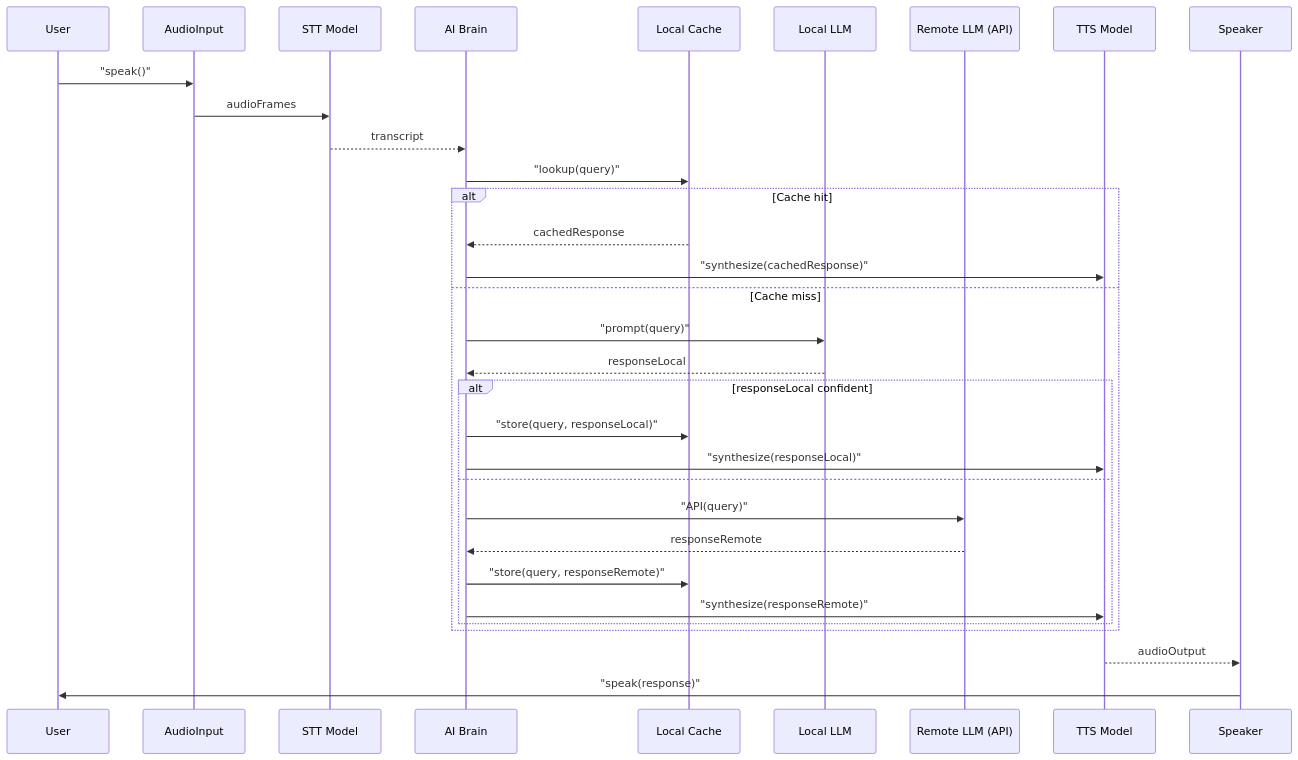
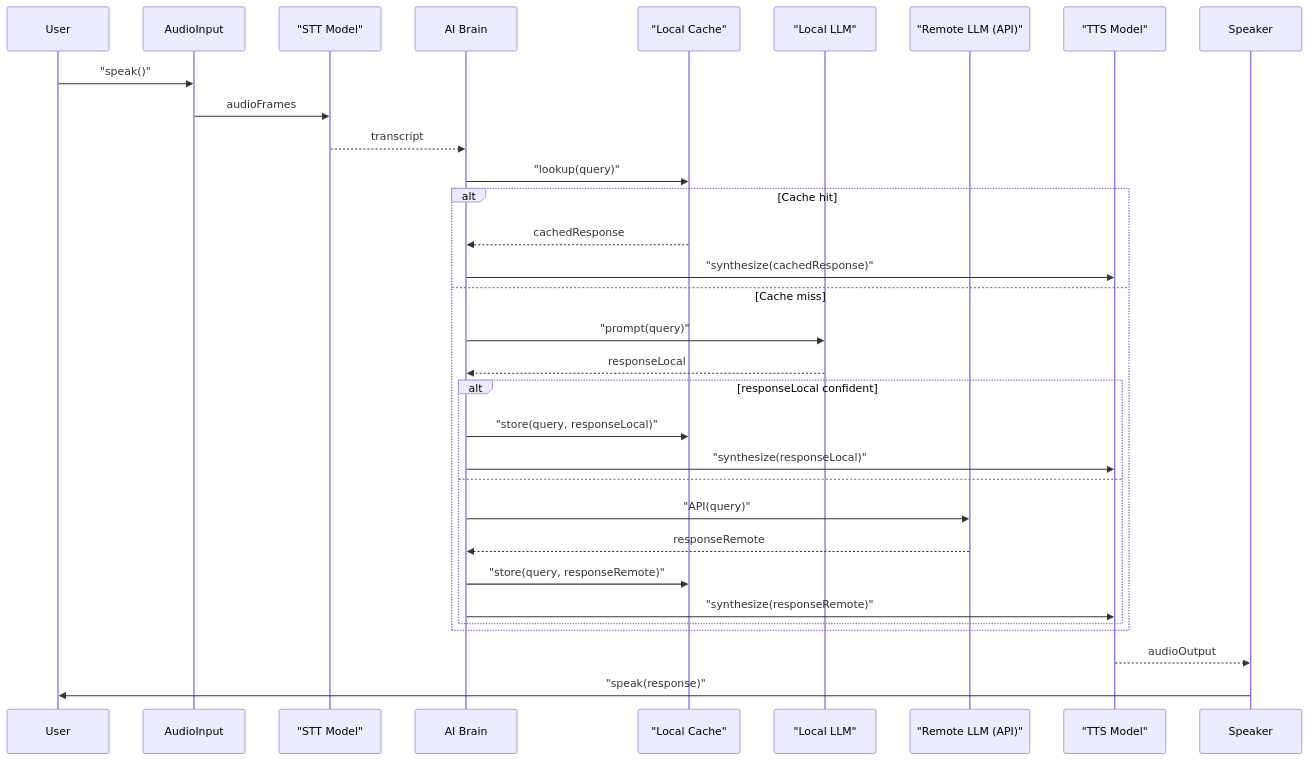
One commit to Aniket-a14/AI_friend changed the second of 2 diagrams in docs/LATENCY_IMPROVEMENT.md. Above: the diagram before and after it, drawn with Mermaid. The commit also changed other lines of this file and 2 other files, not shown here.

Commit message:
docs: update executive summary and technical recommendations for hybrid cognitive architecture, decision systems, and memory management

````diff
--- a/docs/LATENCY_IMPROVEMENT.md
+++ b/docs/LATENCY_IMPROVEMENT.md
@@ -103,35 +103,35 @@
 ```mermaid
 sequenceDiagram
     participant U as User
     participant MIC as AudioInput
-    participant STT as STT Model
+    participant STT as "STT Model"
     participant Brain as AI Brain
-    participant Cache as Local Cache
-    participant LLM_L as Local LLM
-    participant LLM_R as Remote LLM (API)
-    participant TTS as TTS Model
+    participant Cache as "Local Cache"
+    participant LLM_L as "Local LLM"
+    participant LLM_R as "Remote LLM (API)"
+    participant TTS as "TTS Model"
     participant SPK as Speaker
 
     U->>MIC: "speak()"
     MIC->>STT: audioFrames
     STT-->>Brain: transcript
     Brain->>Cache: "lookup(query)"
     alt Cache hit
       Cache-->>Brain: cachedResponse
       Brain->>TTS: "synthesize(cachedResponse)"
     else Cache miss
       Brain->>LLM_L: "prompt(query)"
       LLM_L-->>Brain: responseLocal
       alt responseLocal confident
         Brain->>Cache: "store(query, responseLocal)"
         Brain->>TTS: "synthesize(responseLocal)"
       else 
         Brain->>LLM_R: "API(query)"
         LLM_R-->>Brain: responseRemote
         Brain->>Cache: "store(query, responseRemote)"
         Brain->>TTS: "synthesize(responseRemote)"
       end
     end
     TTS-->>SPK: audioOutput
     SPK->>U: "speak(response)"
 ```
````
